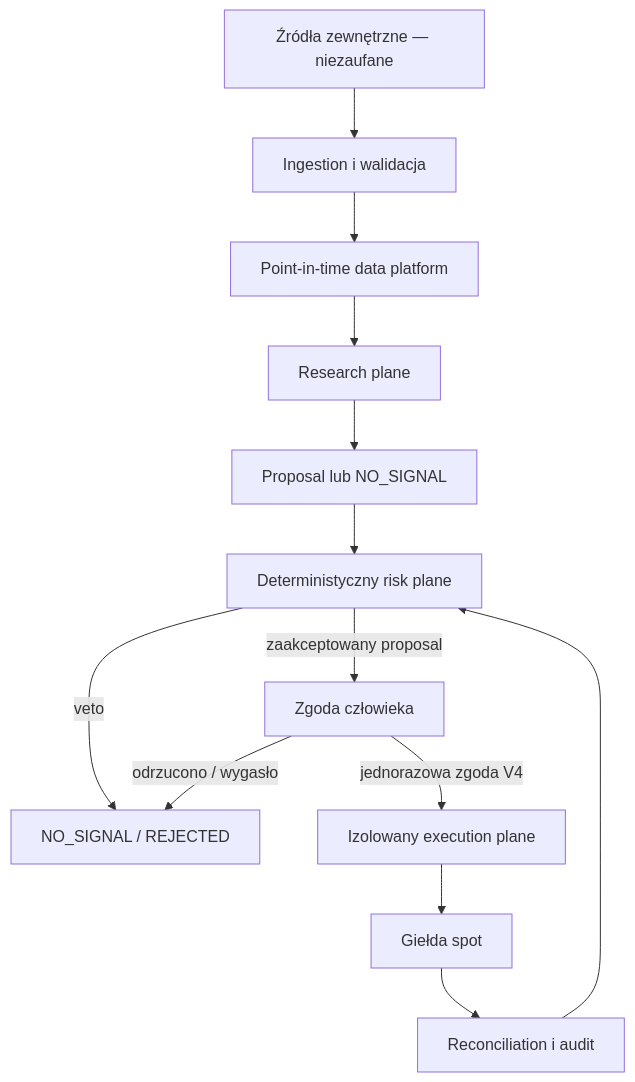
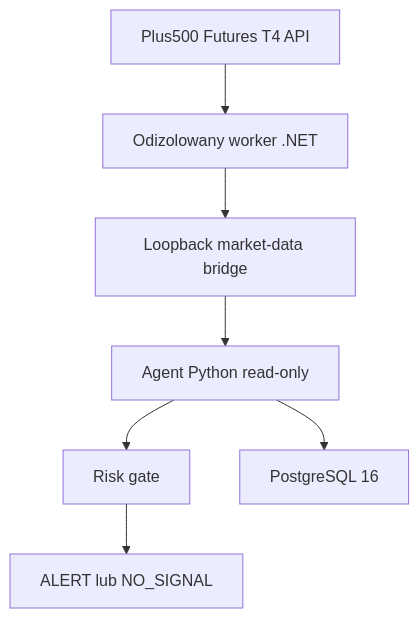
The diagram in docs/ARCHITECTURE.md (PawelZhenchak/Agent_Crypto-), drawn with Mermaid before and after one commit. The commit also changed other lines of this file and 43 other files, not shown here.

Commit message:
Switch V1 to Plus500 Futures T4 only

````diff
--- a/docs/ARCHITECTURE.md
+++ b/docs/ARCHITECTURE.md
@@ -25,15 +3,9 @@
 ```mermaid
 flowchart TD
-    S["Źródła zewnętrzne — niezaufane"] --> I["Ingestion i walidacja"]
-    I --> P["Point-in-time data platform"]
-    P --> R["Research plane"]
-    R --> Q["Proposal lub NO_SIGNAL"]
-    Q --> G["Deterministyczny risk plane"]
-    G -->|"veto"| N["NO_SIGNAL / REJECTED"]
-    G -->|"zaakceptowany proposal"| H["Zgoda człowieka"]
-    H -->|"odrzucono / wygasło"| N
-    H -->|"jednorazowa zgoda V4"| E["Izolowany execution plane"]
-    E --> X["Giełda spot"]
-    X --> C["Reconciliation i audit"]
-    C --> G
+    A["Plus500 Futures T4 API"] --> B["Odizolowany worker .NET"]
+    B --> C["Loopback market-data bridge"]
+    C --> D["Agent Python read-only"]
+    D --> E["Risk gate"]
+    E --> F["ALERT lub NO_SIGNAL"]
+    D --> G["PostgreSQL 16"]
 ```
````
